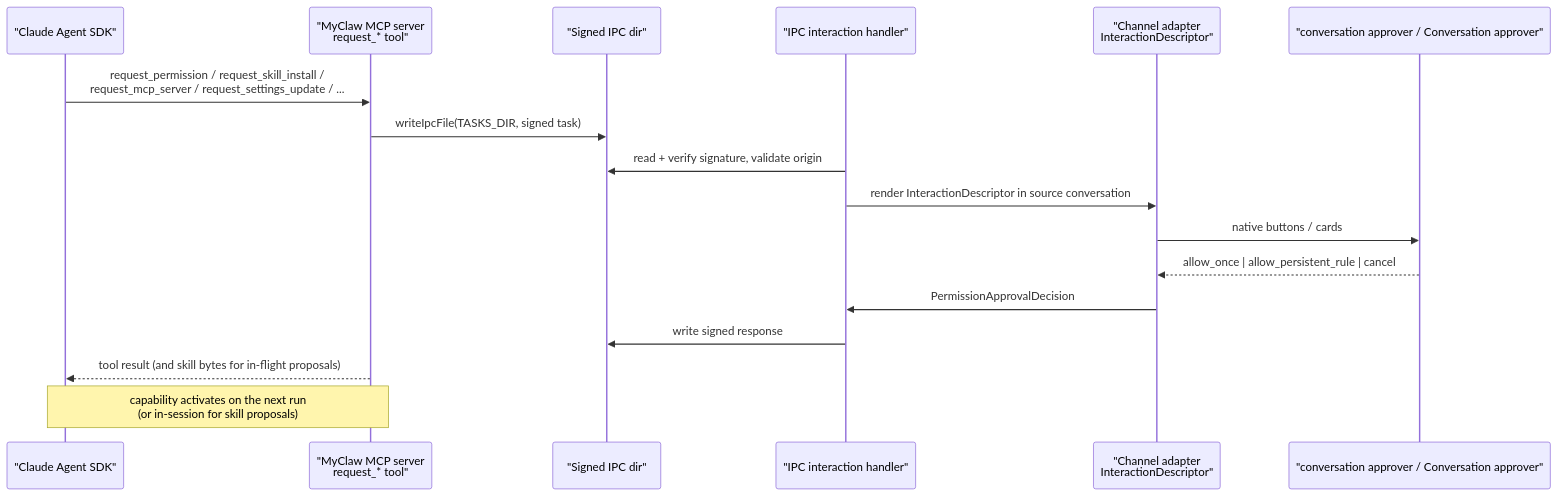
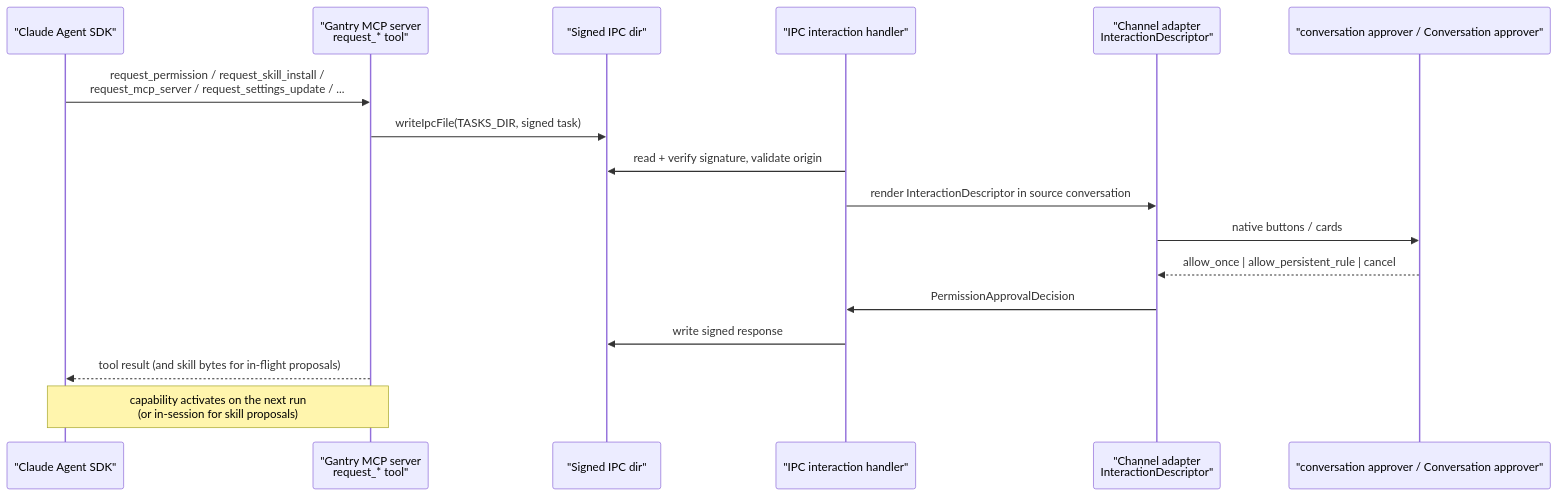
The seventh of 12 diagrams in docs/architecture/overview.md (knacklabs/gantry), drawn with Mermaid before and after one commit. The commit also changed other lines of this file and 142 other files, not shown here.

````diff
--- a/docs/architecture/overview.md
+++ b/docs/architecture/overview.md
@@ -410,20 +410,20 @@
 ```mermaid
 sequenceDiagram
   participant Agent as "Claude Agent SDK"
-  participant Mcp as "MyClaw MCP server<br/>request_* tool"
+  participant Mcp as "Gantry MCP server<br/>request_* tool"
   participant Ipc as "Signed IPC dir"
   participant Host as "IPC interaction handler"
   participant Surface as "Channel adapter<br/>InteractionDescriptor"
   participant Approver as "conversation approver / Conversation approver"
 
   Agent->>Mcp: request_permission / request_skill_install /<br/>request_mcp_server / request_settings_update / ...
   Mcp->>Ipc: writeIpcFile(TASKS_DIR, signed task)
   Host->>Ipc: read + verify signature, validate origin
   Host->>Surface: render InteractionDescriptor in source conversation
   Surface->>Approver: native buttons / cards
   Approver-->>Surface: allow_once | allow_persistent_rule | cancel
   Surface->>Host: PermissionApprovalDecision
   Host->>Ipc: write signed response
   Mcp-->>Agent: tool result (and skill bytes for in-flight proposals)
   Note over Mcp,Agent: capability activates on the next run<br/>(or in-session for skill proposals)
 ```
````
